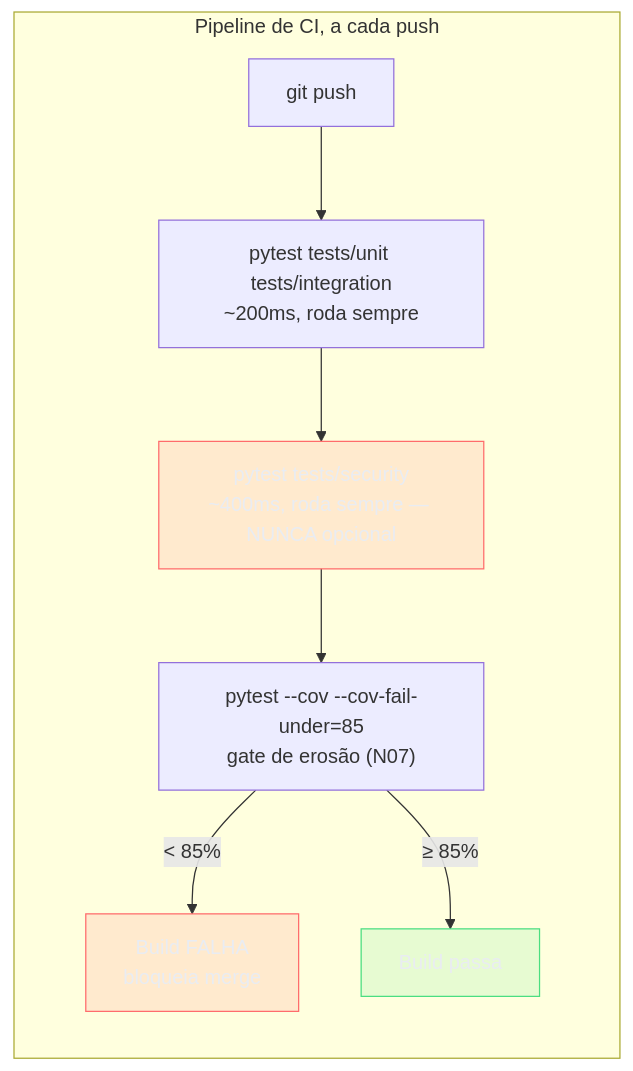
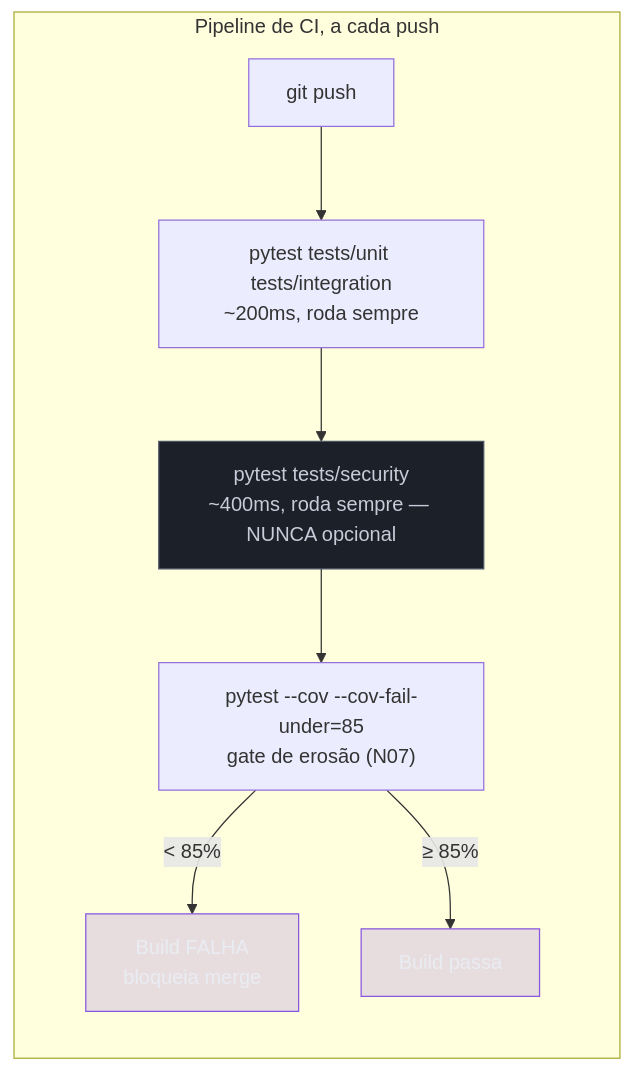
One commit to josenaldo/codex-technomanticus changed the third of 4 diagrams in 03-Dominios/Tecnologia/Python/Testes/09 - Capstone — a suíte de testes da API de Tarefas.md. Above: the diagram before and after it, drawn with Mermaid. The commit also changed other lines of this file and 601 other files, not shown here.

````diff
--- a/03-Dominios/Tecnologia/Python/Testes/09 - Capstone — a suíte de testes da API de Tarefas.md
+++ b/03-Dominios/Tecnologia/Python/Testes/09 - Capstone — a suíte de testes da API de Tarefas.md
@@ -525,16 +525,16 @@
 ```mermaid
 flowchart LR
-    classDef falha fill:#FF6B6B24,stroke:#FF6B6B,color:#E9ECF2
-    classDef ok fill:#4ADE8021,stroke:#4ADE80,color:#E9ECF2
+    classDef marca fill:#8855DF33,stroke:#8855DF,color:#E9ECF2
+    classDef neutro fill:#1B2029,stroke:#4E5666,color:#C6CCD8
     subgraph CI["Pipeline de CI, a cada push"]
         A["git push"] --> B["pytest tests/unit tests/integration<br/>~200ms, roda sempre"]
         B --> C["pytest tests/security<br/>~400ms, roda sempre — NUNCA opcional"]
         C --> D["pytest --cov --cov-fail-under=85<br/>gate de erosão (N07)"]
         D -->|"< 85%"| E["Build FALHA<br/>bloqueia merge"]
         D -->|"≥ 85%"| F["Build passa"]
     end
 
-    class C falha
-    class E falha
-    class F ok
+    class C neutro
+    class E marca
+    class F marca
 ```
````
